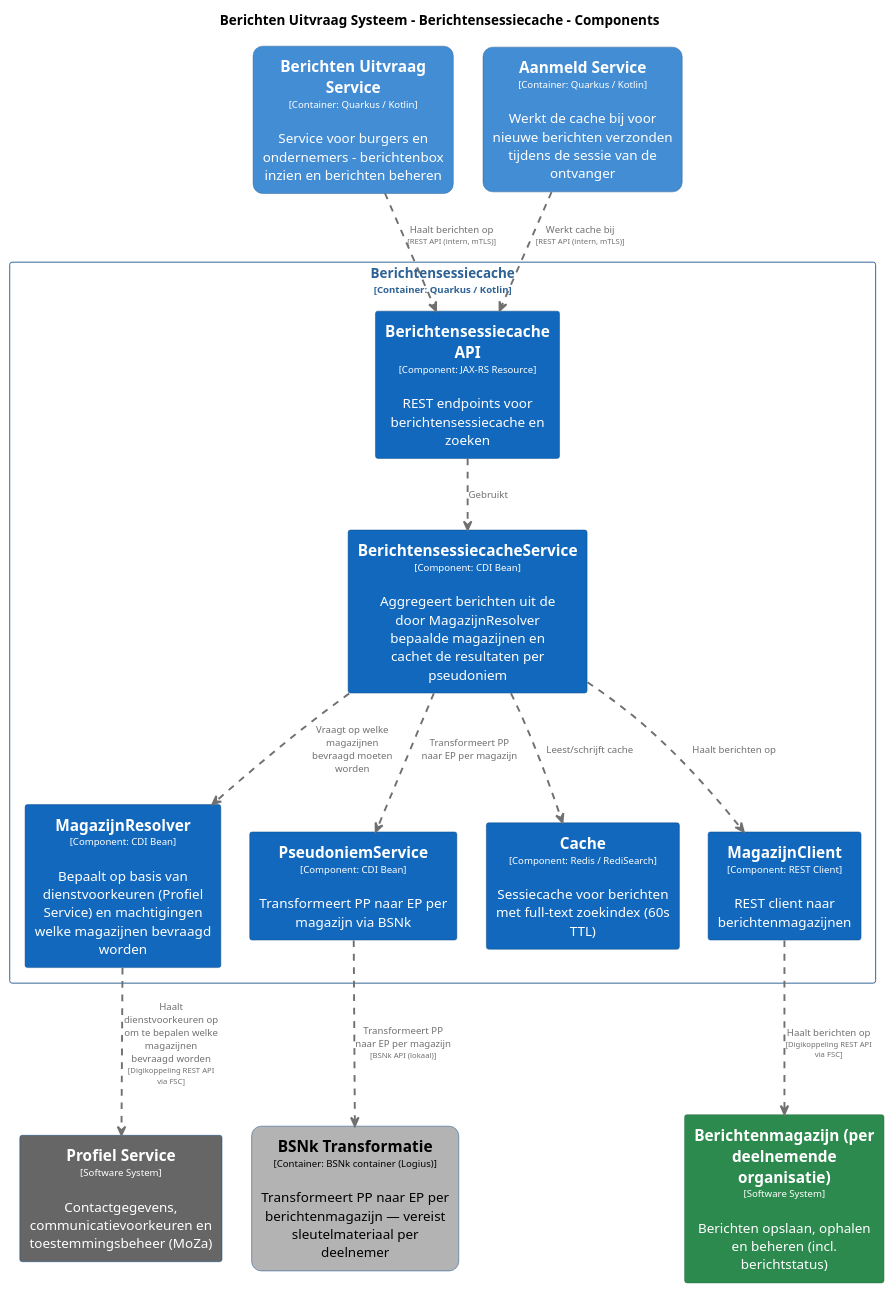
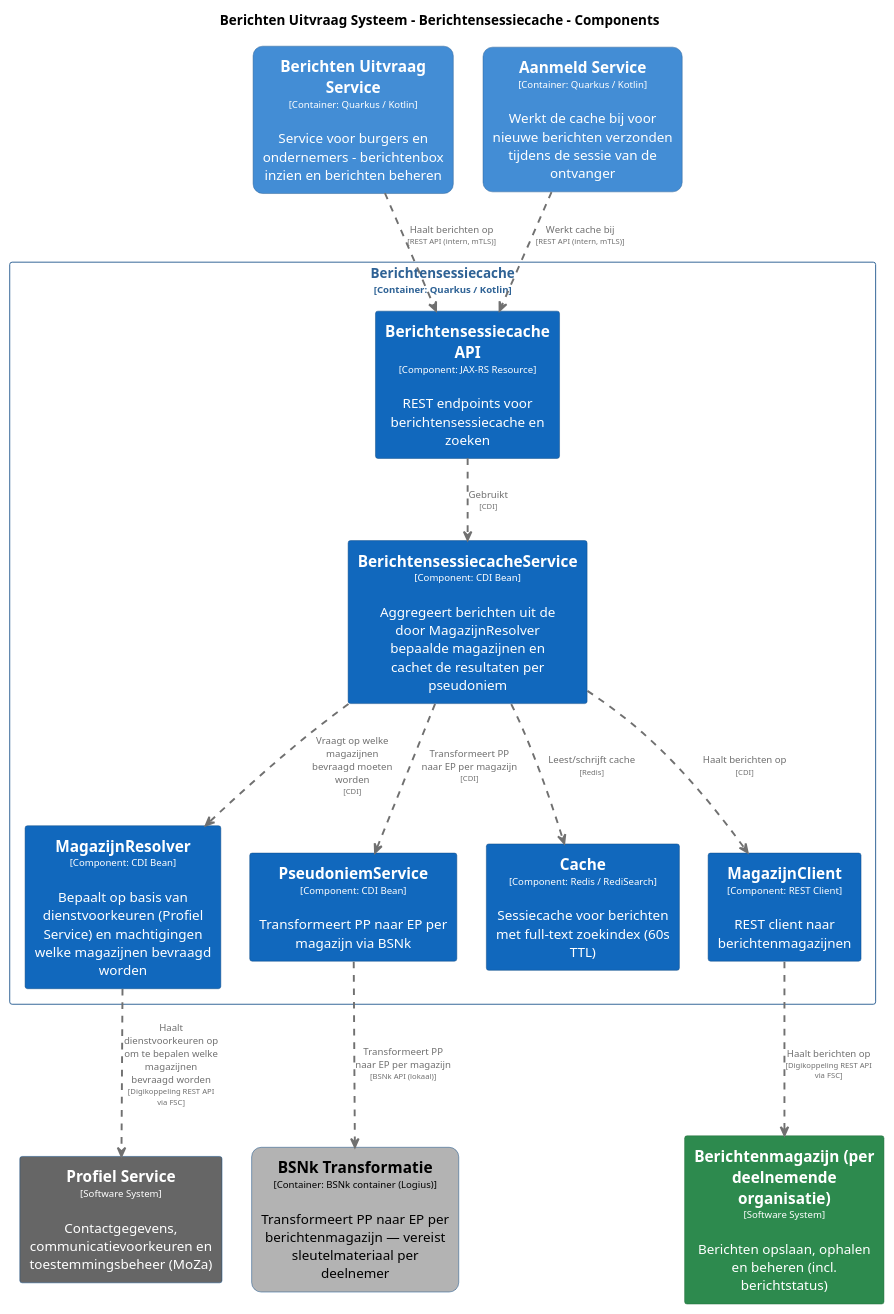
The diagram in pr-preview/pr-22/master/puml/BerichtensessiecacheComponenten.puml (MinBZK/moza-poc-fbs-berichtenbox), drawn with PlantUML before and after one commit. The commit also changed 30 other files, not shown here.

```diff
--- a/pr-preview/pr-22/master/puml/BerichtensessiecacheComponenten.puml
+++ b/pr-preview/pr-22/master/puml/BerichtensessiecacheComponenten.puml
@@ -1,118 +1,118 @@
 @startuml
 set separator none
 title Berichten Uitvraag Systeem - Berichtensessiecache - Components
 
 top to bottom direction
 skinparam ranksep 60
 skinparam nodesep 30
 
 skinparam {
   arrowFontSize 10
   defaultTextAlignment center
   wrapWidth 200
   maxMessageSize 100
 }
 
 hide stereotype
 
 skinparam rectangle<<BerichtenUitvraagSysteem.AanmeldService>> {
   BackgroundColor #438dd5
   FontColor #ffffff
   BorderColor #2e6295
   roundCorner 20
   shadowing false
 }
 skinparam rectangle<<BerichtenUitvraagSysteem.BSNkTransformatie>> {
   BackgroundColor #b3b3b3
   FontColor #000000
   BorderColor #0b4884
   roundCorner 20
   shadowing false
 }
 skinparam rectangle<<BerichtenUitvraagSysteem.BerichtenUitvraagService>> {
   BackgroundColor #438dd5
   FontColor #ffffff
   BorderColor #2e6295
   roundCorner 20
   shadowing false
 }
 skinparam rectangle<<Berichtenmagazijnperdeelnemendeorganisatie>> {
   BackgroundColor #2d8a4e
   FontColor #ffffff
   BorderColor #1e6b38
   shadowing false
 }
 skinparam rectangle<<BerichtenUitvraagSysteem.Berichtensessiecache.BerichtensessiecacheAPI>> {
   BackgroundColor #1168bd
   FontColor #ffffff
   BorderColor #0b4884
   shadowing false
 }
 skinparam rectangle<<BerichtenUitvraagSysteem.Berichtensessiecache.BerichtensessiecacheService>> {
   BackgroundColor #1168bd
   FontColor #ffffff
   BorderColor #0b4884
   shadowing false
 }
 skinparam rectangle<<BerichtenUitvraagSysteem.Berichtensessiecache.Cache>> {
   BackgroundColor #1168bd
   FontColor #ffffff
   BorderColor #0b4884
   shadowing false
 }
 skinparam rectangle<<BerichtenUitvraagSysteem.Berichtensessiecache.MagazijnClient>> {
   BackgroundColor #1168bd
   FontColor #ffffff
   BorderColor #0b4884
   shadowing false
 }
 skinparam rectangle<<BerichtenUitvraagSysteem.Berichtensessiecache.MagazijnResolver>> {
   BackgroundColor #1168bd
   FontColor #ffffff
   BorderColor #0b4884
   shadowing false
 }
 skinparam rectangle<<ProfielService>> {
   BackgroundColor #666666
   FontColor #ffffff
   BorderColor #0b4884
   shadowing false
 }
 skinparam rectangle<<BerichtenUitvraagSysteem.Berichtensessiecache.PseudoniemService>> {
   BackgroundColor #1168bd
   FontColor #ffffff
   BorderColor #0b4884
   shadowing false
 }
 skinparam rectangle<<BerichtenUitvraagSysteem.Berichtensessiecache>> {
   BorderColor #2e6295
   FontColor #2e6295
   shadowing false
 }
 
 rectangle "==Profiel Service\n<size:10>[Software System]</size>\n\nContactgegevens, communicatievoorkeuren en toestemmingsbeheer (MoZa)" <<ProfielService>> as ProfielService
 rectangle "==Berichtenmagazijn (per deelnemende organisatie)\n<size:10>[Software System]</size>\n\nBerichten opslaan, ophalen en beheren (incl. berichtstatus)" <<Berichtenmagazijnperdeelnemendeorganisatie>> as Berichtenmagazijnperdeelnemendeorganisatie
 rectangle "==Berichten Uitvraag Service\n<size:10>[Container: Quarkus / Kotlin]</size>\n\nService voor burgers en ondernemers - berichtenbox inzien en berichten beheren" <<BerichtenUitvraagSysteem.BerichtenUitvraagService>> as BerichtenUitvraagSysteem.BerichtenUitvraagService
 rectangle "==BSNk Transformatie\n<size:10>[Container: BSNk container (Logius)]</size>\n\nTransformeert PP naar EP per berichtenmagazijn — vereist sleutelmateriaal per deelnemer" <<BerichtenUitvraagSysteem.BSNkTransformatie>> as BerichtenUitvraagSysteem.BSNkTransformatie
 rectangle "==Aanmeld Service\n<size:10>[Container: Quarkus / Kotlin]</size>\n\nWerkt de cache bij voor nieuwe berichten verzonden tijdens de sessie van de ontvanger" <<BerichtenUitvraagSysteem.AanmeldService>> as BerichtenUitvraagSysteem.AanmeldService
 
 rectangle "Berichtensessiecache\n<size:10>[Container: Quarkus / Kotlin]</size>" <<BerichtenUitvraagSysteem.Berichtensessiecache>> {
   rectangle "==Berichtensessiecache API\n<size:10>[Component: JAX-RS Resource]</size>\n\nREST endpoints voor berichtensessiecache en zoeken" <<BerichtenUitvraagSysteem.Berichtensessiecache.BerichtensessiecacheAPI>> as BerichtenUitvraagSysteem.Berichtensessiecache.BerichtensessiecacheAPI
   rectangle "==MagazijnResolver\n<size:10>[Component: CDI Bean]</size>\n\nBepaalt op basis van dienstvoorkeuren (Profiel Service) en machtigingen welke magazijnen bevraagd worden" <<BerichtenUitvraagSysteem.Berichtensessiecache.MagazijnResolver>> as BerichtenUitvraagSysteem.Berichtensessiecache.MagazijnResolver
   rectangle "==PseudoniemService\n<size:10>[Component: CDI Bean]</size>\n\nTransformeert PP naar EP per magazijn via BSNk" <<BerichtenUitvraagSysteem.Berichtensessiecache.PseudoniemService>> as BerichtenUitvraagSysteem.Berichtensessiecache.PseudoniemService
   rectangle "==BerichtensessiecacheService\n<size:10>[Component: CDI Bean]</size>\n\nAggregeert berichten uit de door MagazijnResolver bepaalde magazijnen en cachet de resultaten per pseudoniem" <<BerichtenUitvraagSysteem.Berichtensessiecache.BerichtensessiecacheService>> as BerichtenUitvraagSysteem.Berichtensessiecache.BerichtensessiecacheService
   rectangle "==Cache\n<size:10>[Component: Redis / RediSearch]</size>\n\nSessiecache voor berichten met full-text zoekindex (60s TTL)" <<BerichtenUitvraagSysteem.Berichtensessiecache.Cache>> as BerichtenUitvraagSysteem.Berichtensessiecache.Cache
   rectangle "==MagazijnClient\n<size:10>[Component: REST Client]</size>\n\nREST client naar berichtenmagazijnen" <<BerichtenUitvraagSysteem.Berichtensessiecache.MagazijnClient>> as BerichtenUitvraagSysteem.Berichtensessiecache.MagazijnClient
 }
 
 BerichtenUitvraagSysteem.Berichtensessiecache.MagazijnResolver .[#707070,thickness=2].> ProfielService : "<color:#707070>Haalt dienstvoorkeuren op om te bepalen welke magazijnen bevraagd worden\n<color:#707070><size:8>[Digikoppeling REST API via FSC]</size>"
 BerichtenUitvraagSysteem.Berichtensessiecache.MagazijnClient .[#707070,thickness=2].> Berichtenmagazijnperdeelnemendeorganisatie : "<color:#707070>Haalt berichten op\n<color:#707070><size:8>[Digikoppeling REST API via FSC]</size>"
-BerichtenUitvraagSysteem.Berichtensessiecache.BerichtensessiecacheAPI .[#707070,thickness=2].> BerichtenUitvraagSysteem.Berichtensessiecache.BerichtensessiecacheService : "<color:#707070>Gebruikt"
-BerichtenUitvraagSysteem.Berichtensessiecache.BerichtensessiecacheService .[#707070,thickness=2].> BerichtenUitvraagSysteem.Berichtensessiecache.MagazijnResolver : "<color:#707070>Vraagt op welke magazijnen bevraagd moeten worden"
-BerichtenUitvraagSysteem.Berichtensessiecache.BerichtensessiecacheService .[#707070,thickness=2].> BerichtenUitvraagSysteem.Berichtensessiecache.PseudoniemService : "<color:#707070>Transformeert PP naar EP per magazijn"
-BerichtenUitvraagSysteem.Berichtensessiecache.BerichtensessiecacheService .[#707070,thickness=2].> BerichtenUitvraagSysteem.Berichtensessiecache.Cache : "<color:#707070>Leest/schrijft cache"
-BerichtenUitvraagSysteem.Berichtensessiecache.BerichtensessiecacheService .[#707070,thickness=2].> BerichtenUitvraagSysteem.Berichtensessiecache.MagazijnClient : "<color:#707070>Haalt berichten op"
+BerichtenUitvraagSysteem.Berichtensessiecache.BerichtensessiecacheAPI .[#707070,thickness=2].> BerichtenUitvraagSysteem.Berichtensessiecache.BerichtensessiecacheService : "<color:#707070>Gebruikt\n<color:#707070><size:8>[CDI]</size>"
+BerichtenUitvraagSysteem.Berichtensessiecache.BerichtensessiecacheService .[#707070,thickness=2].> BerichtenUitvraagSysteem.Berichtensessiecache.MagazijnResolver : "<color:#707070>Vraagt op welke magazijnen bevraagd moeten worden\n<color:#707070><size:8>[CDI]</size>"
+BerichtenUitvraagSysteem.Berichtensessiecache.BerichtensessiecacheService .[#707070,thickness=2].> BerichtenUitvraagSysteem.Berichtensessiecache.PseudoniemService : "<color:#707070>Transformeert PP naar EP per magazijn\n<color:#707070><size:8>[CDI]</size>"
+BerichtenUitvraagSysteem.Berichtensessiecache.BerichtensessiecacheService .[#707070,thickness=2].> BerichtenUitvraagSysteem.Berichtensessiecache.Cache : "<color:#707070>Leest/schrijft cache\n<color:#707070><size:8>[Redis]</size>"
+BerichtenUitvraagSysteem.Berichtensessiecache.BerichtensessiecacheService .[#707070,thickness=2].> BerichtenUitvraagSysteem.Berichtensessiecache.MagazijnClient : "<color:#707070>Haalt berichten op\n<color:#707070><size:8>[CDI]</size>"
 BerichtenUitvraagSysteem.Berichtensessiecache.PseudoniemService .[#707070,thickness=2].> BerichtenUitvraagSysteem.BSNkTransformatie : "<color:#707070>Transformeert PP naar EP per magazijn\n<color:#707070><size:8>[BSNk API (lokaal)]</size>"
 BerichtenUitvraagSysteem.AanmeldService .[#707070,thickness=2].> BerichtenUitvraagSysteem.Berichtensessiecache.BerichtensessiecacheAPI : "<color:#707070>Werkt cache bij\n<color:#707070><size:8>[REST API (intern, mTLS)]</size>"
 BerichtenUitvraagSysteem.BerichtenUitvraagService .[#707070,thickness=2].> BerichtenUitvraagSysteem.Berichtensessiecache.BerichtensessiecacheAPI : "<color:#707070>Haalt berichten op\n<color:#707070><size:8>[REST API (intern, mTLS)]</size>"
 @enduml
```
